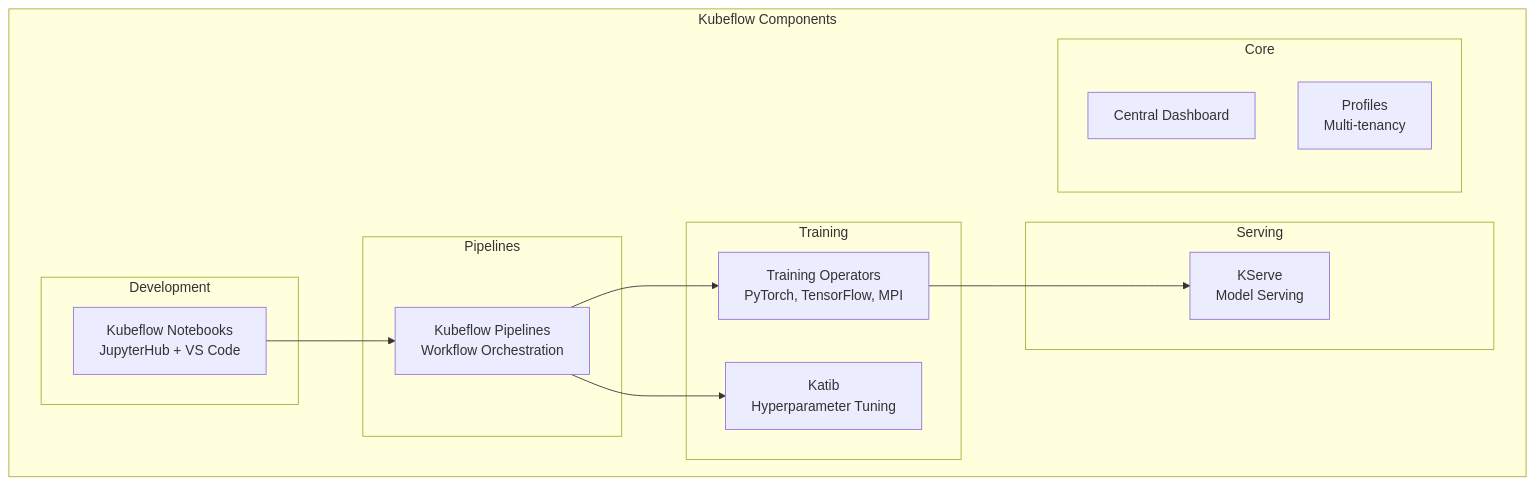
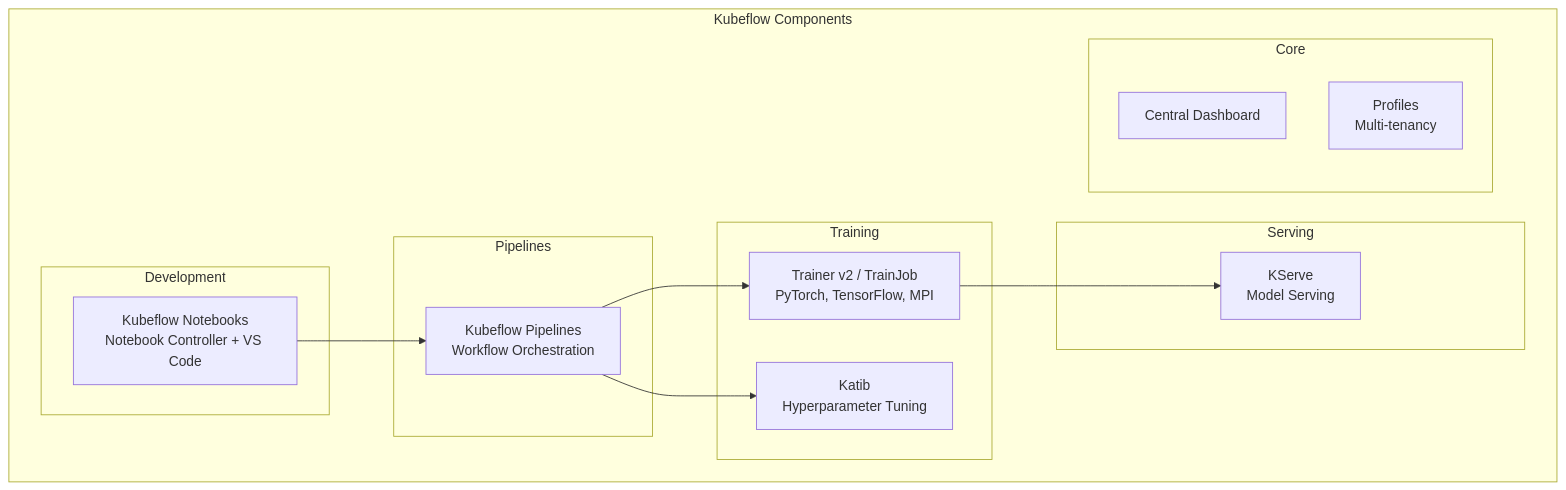
One commit to Mirantis-PS/k0rdent-ai-training changed the second of 9 diagrams in curriculum/week-5-ai-workloads/theory/5.5-ml-platforms.md. Above: the diagram before and after it, drawn with Mermaid. The commit also changed other lines of this file and 66 other files, not shown here.

````diff
--- a/curriculum/week-5-ai-workloads/theory/5.5-ml-platforms.md
+++ b/curriculum/week-5-ai-workloads/theory/5.5-ml-platforms.md
@@ -72,31 +72,31 @@
 ```mermaid
 flowchart TB
     subgraph "Kubeflow Components"
         subgraph "Development"
-            NB[Kubeflow Notebooks<br/>JupyterHub + VS Code]
+            NB[Kubeflow Notebooks<br/>Notebook Controller + VS Code]
         end
 
         subgraph "Training"
-            TR[Training Operators<br/>PyTorch, TensorFlow, MPI]
+            TR[Trainer v2 / TrainJob<br/>PyTorch, TensorFlow, MPI]
             KT[Katib<br/>Hyperparameter Tuning]
         end
 
         subgraph "Pipelines"
             KFP[Kubeflow Pipelines<br/>Workflow Orchestration]
         end
 
         subgraph "Serving"
             KS[KServe<br/>Model Serving]
         end
 
         subgraph "Core"
             DASH[Central Dashboard]
             PROF[Profiles<br/>Multi-tenancy]
         end
 
         NB --> KFP
         KFP --> TR
         KFP --> KT
         TR --> KS
     end
 ```
````
